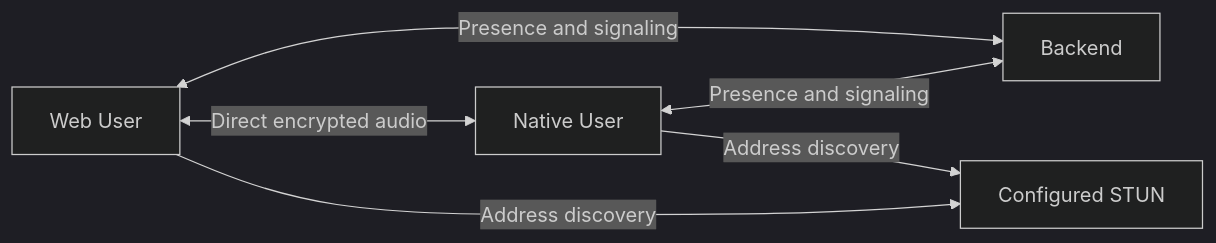
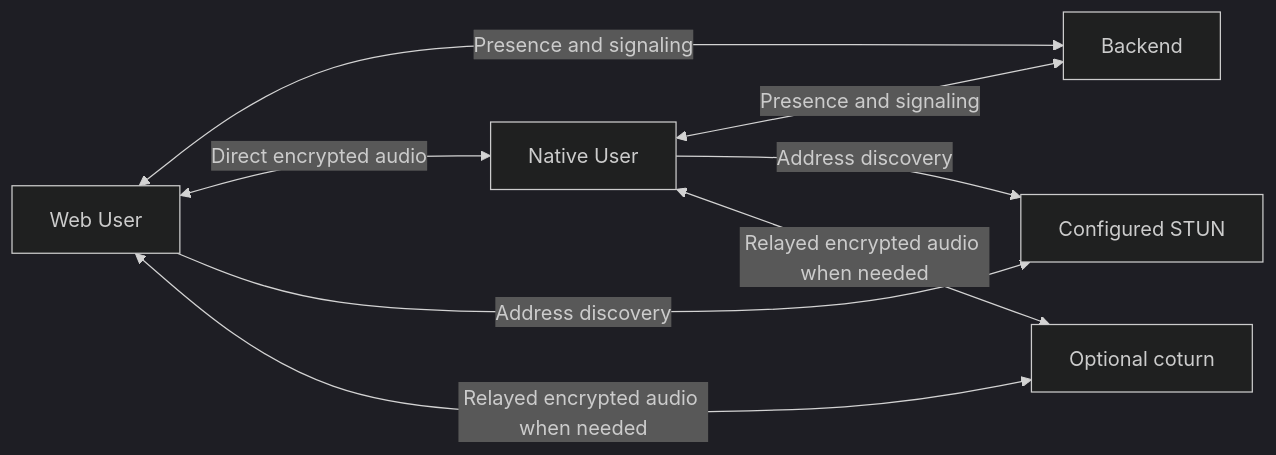
One commit to mceck/claude-task changed the diagram in docs/specs/voice-rooms.md. Above: the diagram before and after it, drawn with Mermaid (dark theme). The commit also changed other lines of this file and 28 other files, not shown here.

Commit message:
Add optional coturn relay for Task Voice Rooms

````diff
--- a/docs/specs/voice-rooms.md
+++ b/docs/specs/voice-rooms.md
@@ -39,8 +39,10 @@
 ```mermaid
 flowchart LR
   A[Web User] <-->|Presence and signaling| B[Backend]
   C[Native User] <-->|Presence and signaling| B
   A <-->|Direct encrypted audio| C
   A -->|Address discovery| S[Configured STUN]
   C -->|Address discovery| S
+  A <-->|Relayed encrypted audio when needed| T[Optional coturn]
+  C <-->|Relayed encrypted audio when needed| T
 ```
````
